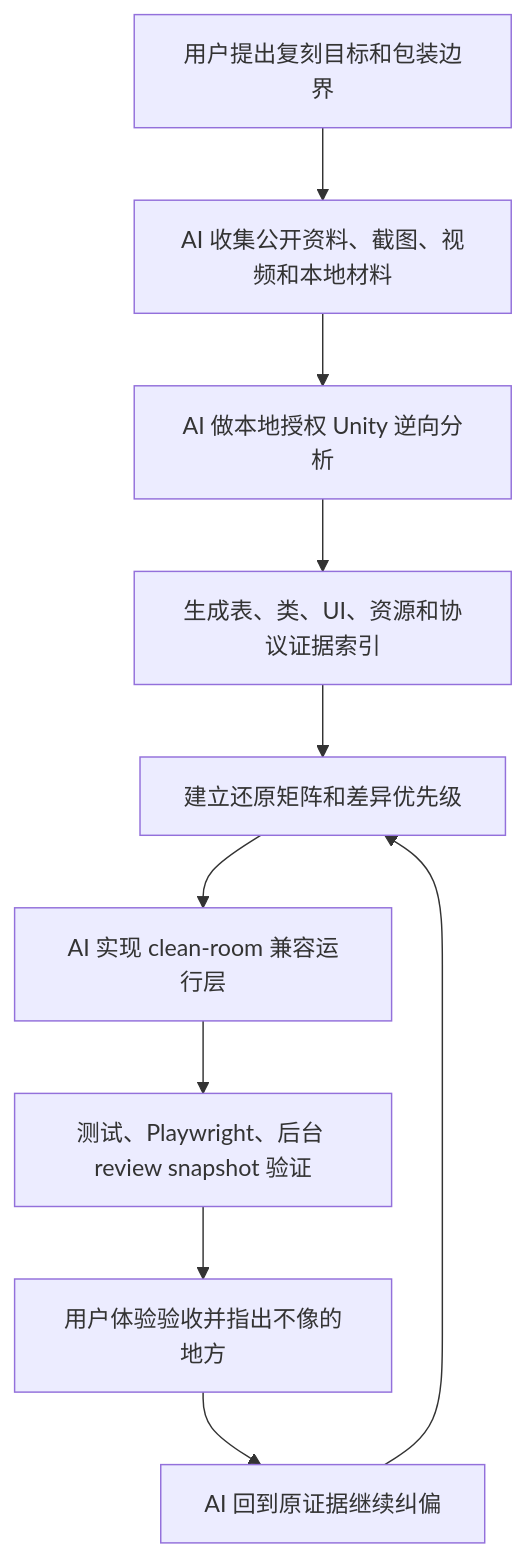
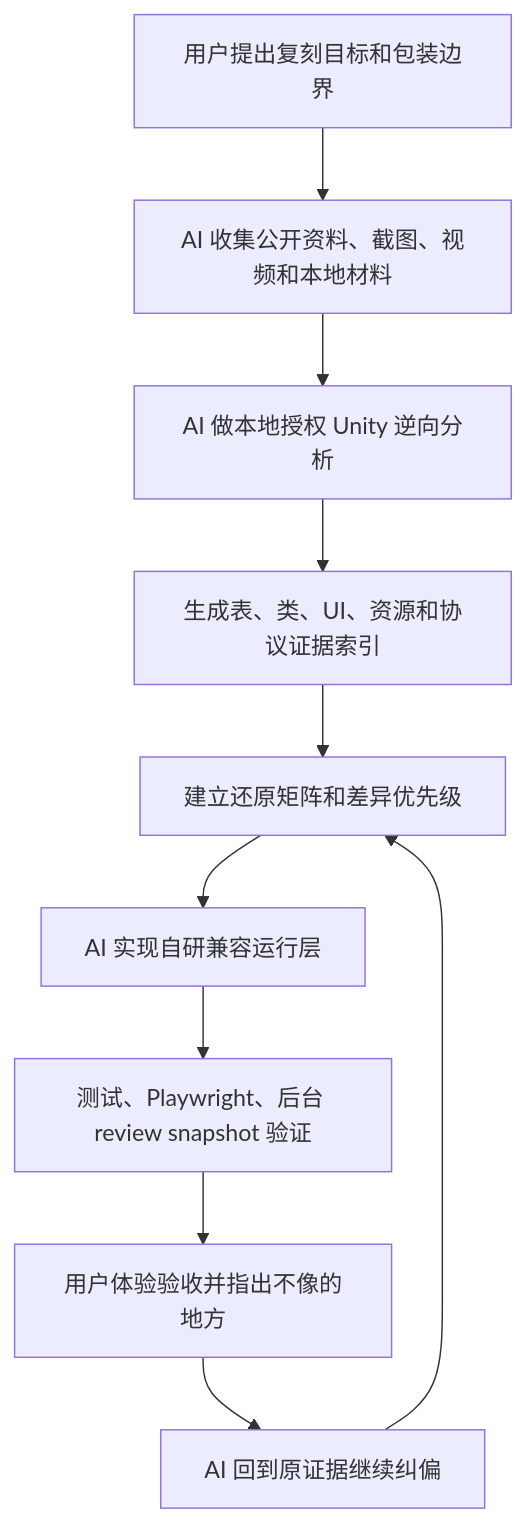
The diagram in doc/AI驱动BidKing复刻开发心路与操作层技术方案归档.md (angelash/bidkingdom), drawn with Mermaid before and after one commit. The commit also changed other lines of this file and 2 other files, not shown here.

````diff
--- a/doc/AI驱动BidKing复刻开发心路与操作层技术方案归档.md
+++ b/doc/AI驱动BidKing复刻开发心路与操作层技术方案归档.md
@@ -381,12 +381,12 @@
 ```mermaid
 flowchart TD
   A["用户提出复刻目标和包装边界"] --> B["AI 收集公开资料、截图、视频和本地材料"]
   B --> C["AI 做本地授权 Unity 逆向分析"]
   C --> D["生成表、类、UI、资源和协议证据索引"]
   D --> E["建立还原矩阵和差异优先级"]
-  E --> F["AI 实现 clean-room 兼容运行层"]
+  E --> F["AI 实现自研兼容运行层"]
   F --> G["测试、Playwright、后台 review snapshot 验证"]
   G --> H["用户体验验收并指出不像的地方"]
   H --> I["AI 回到原证据继续纠偏"]
   I --> E
 ```
````
